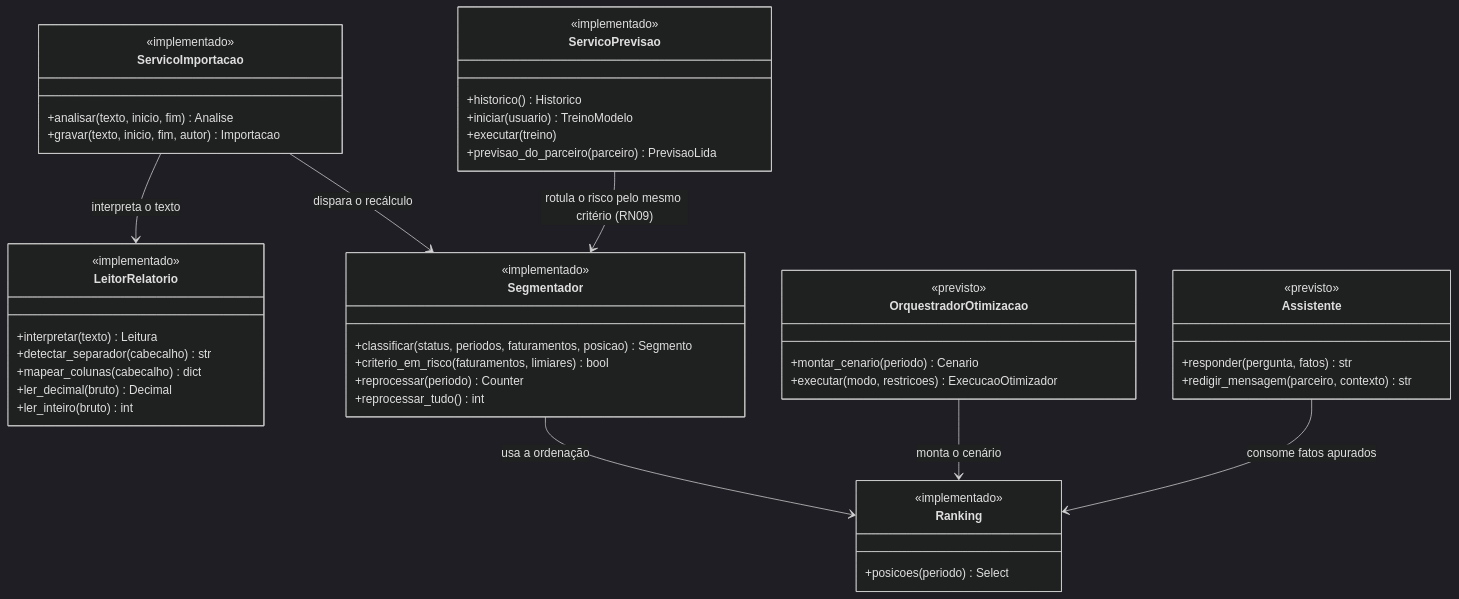
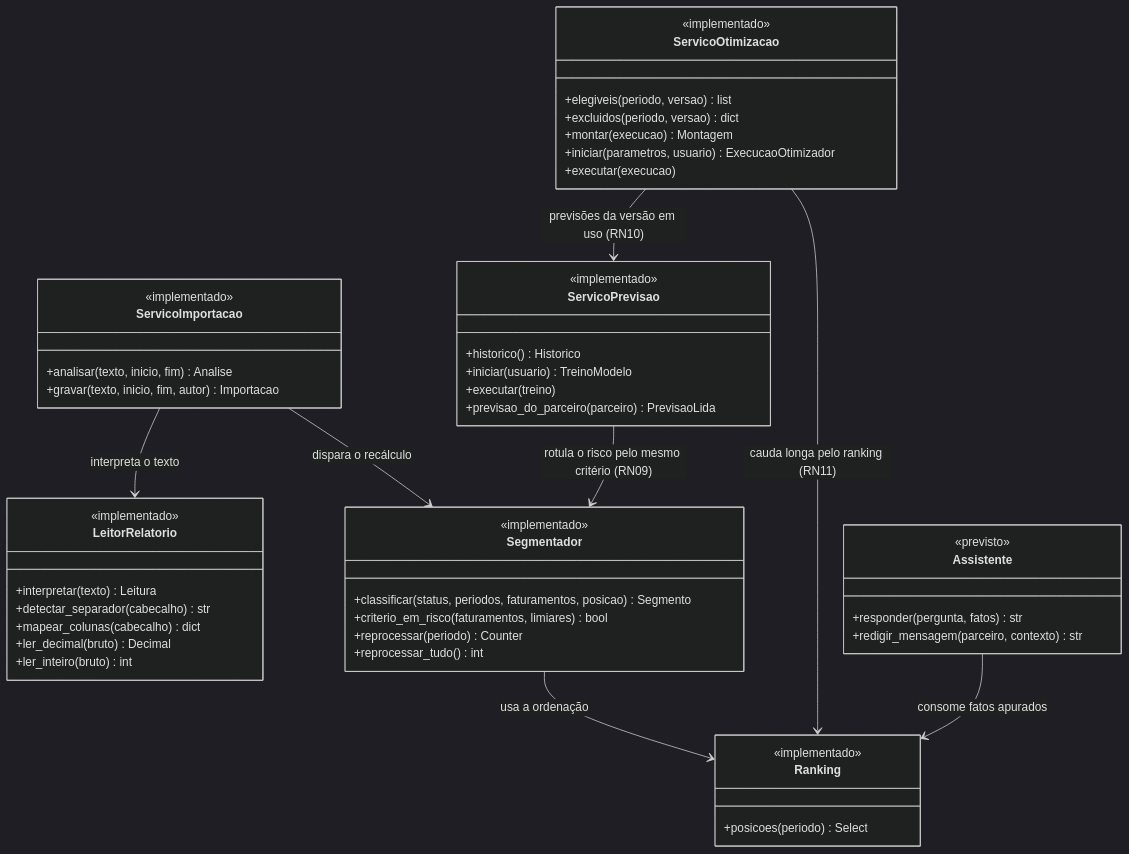
One commit to PedroMiranda243/gih-fabrica-de-software changed the sixth of 8 diagrams in docs/10-diagrama-de-classes.md. Above: the diagram before and after it, drawn with Mermaid (dark theme). The commit also changed other lines of this file and 5 other files, not shown here.

````diff
--- a/docs/10-diagrama-de-classes.md
+++ b/docs/10-diagrama-de-classes.md
@@ -449,59 +461,63 @@
 ```mermaid
 classDiagram
     direction TB
 
     class ServicoImportacao {
         <<implementado>>
         +analisar(texto, inicio, fim) Analise
         +gravar(texto, inicio, fim, autor) Importacao
     }
 
     class LeitorRelatorio {
         <<implementado>>
         +interpretar(texto) Leitura
         +detectar_separador(cabecalho) str
         +mapear_colunas(cabecalho) dict
         +ler_decimal(bruto) Decimal
         +ler_inteiro(bruto) int
     }
 
     class Segmentador {
         <<implementado>>
         +classificar(status, periodos, faturamentos, posicao) Segmento
         +criterio_em_risco(faturamentos, limiares) bool
         +reprocessar(periodo) Counter
         +reprocessar_tudo() int
     }
 
     class Ranking {
         <<implementado>>
         +posicoes(periodo) Select
     }
 
     class ServicoPrevisao {
         <<implementado>>
         +historico() Historico
         +iniciar(usuario) TreinoModelo
         +executar(treino)
         +previsao_do_parceiro(parceiro) PrevisaoLida
     }
 
-    class OrquestradorOtimizacao {
-        <<previsto>>
-        +montar_cenario(periodo) Cenario
-        +executar(modo, restricoes) ExecucaoOtimizador
+    class ServicoOtimizacao {
+        <<implementado>>
+        +elegiveis(periodo, versao) list
+        +excluidos(periodo, versao) dict
+        +montar(execucao) Montagem
+        +iniciar(parametros, usuario) ExecucaoOtimizador
+        +executar(execucao)
     }
 
     class Assistente {
         <<previsto>>
         +responder(pergunta, fatos) str
         +redigir_mensagem(parceiro, contexto) str
     }
 
     ServicoImportacao --> LeitorRelatorio : interpreta o texto
     ServicoImportacao --> Segmentador : dispara o recálculo
     Segmentador --> Ranking : usa a ordenação
     ServicoPrevisao --> Segmentador : rotula o risco pelo mesmo critério (RN09)
-    OrquestradorOtimizacao --> Ranking : monta o cenário
+    ServicoOtimizacao --> Ranking : cauda longa pelo ranking (RN11)
+    ServicoOtimizacao --> ServicoPrevisao : previsões da versão em uso (RN10)
     Assistente --> Ranking : consome fatos apurados
 ```
````
